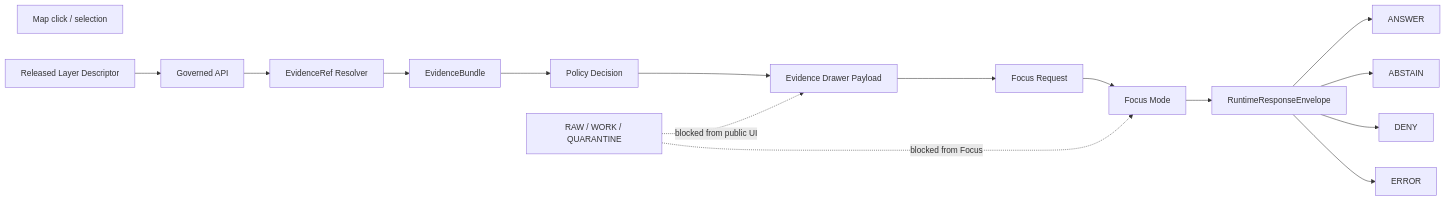
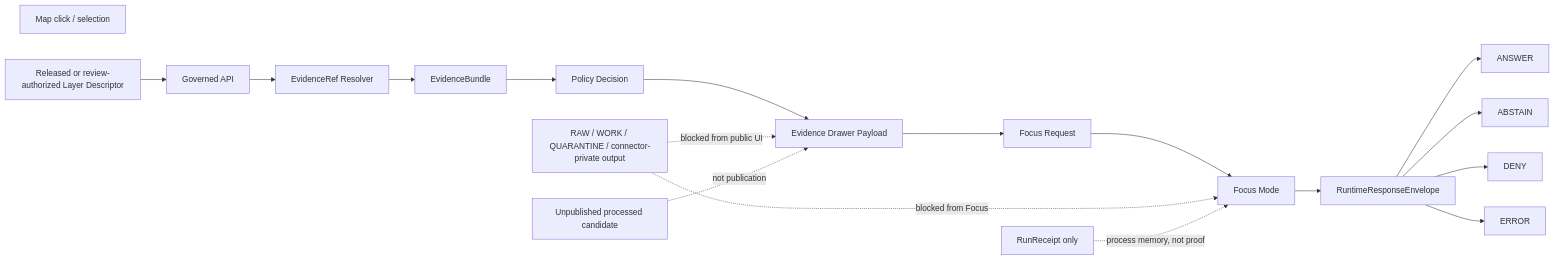
One commit to bartytime4life/Kansas-Frontier-Matrix changed the diagram in docs/domains/atmosphere_air/architecture/FOCUS_DRAWER_PAYLOADS.md. Above: the diagram before and after it, drawn with Mermaid. The commit also changed other lines of this file, not shown here.

````diff
--- a/docs/domains/atmosphere_air/architecture/FOCUS_DRAWER_PAYLOADS.md
+++ b/docs/domains/atmosphere_air/architecture/FOCUS_DRAWER_PAYLOADS.md
@@ -370,35 +418,40 @@
 ```mermaid
 flowchart LR
-  click[Map click / selection]
-  layer[Released Layer Descriptor]
-  api[Governed API]
-  resolver[EvidenceRef Resolver]
-  bundle[EvidenceBundle]
-  policy[Policy Decision]
-  drawer[Evidence Drawer Payload]
-  focus_req[Focus Request]
-  focus[Focus Mode]
-  envelope[RuntimeResponseEnvelope]
-  answer[ANSWER]
-  abstain[ABSTAIN]
-  deny[DENY]
-  error[ERROR]
+  click["Map click / selection"]
+  layer["Released or review-authorized Layer Descriptor"]
+  api["Governed API"]
+  resolver["EvidenceRef Resolver"]
+  bundle["EvidenceBundle"]
+  policy["Policy Decision"]
+  drawer["Evidence Drawer Payload"]
+  focus_req["Focus Request"]
+  focus["Focus Mode"]
+  envelope["RuntimeResponseEnvelope"]
+  answer["ANSWER"]
+  abstain["ABSTAIN"]
+  deny["DENY"]
+  error["ERROR"]
 
   click --> layer
   layer --> api
   api --> resolver
   resolver --> bundle
   bundle --> policy
   policy --> drawer
   drawer --> focus_req
   focus_req --> focus
   focus --> envelope
   envelope --> answer
   envelope --> abstain
   envelope --> deny
   envelope --> error
 
-  raw[RAW / WORK / QUARANTINE]
-  raw -. blocked from public UI .-> drawer
-  raw -. blocked from Focus .-> focus
+  raw["RAW / WORK / QUARANTINE / connector-private output"]
+  candidate["Unpublished processed candidate"]
+  receipt["RunReceipt only"]
+
+  raw -. "blocked from public UI" .-> drawer
+  raw -. "blocked from Focus" .-> focus
+  candidate -. "not publication" .-> drawer
+  receipt -. "process memory, not proof" .-> focus
 ```
````
